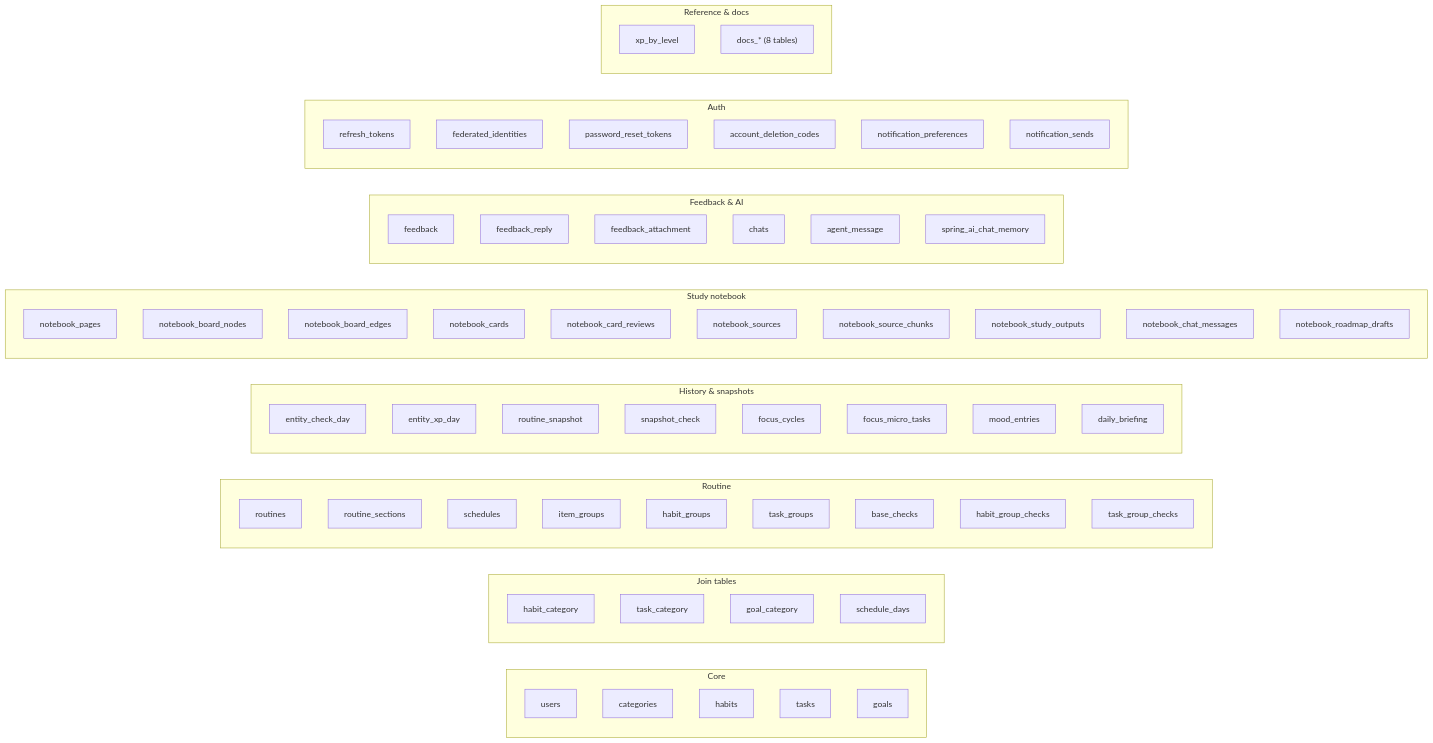
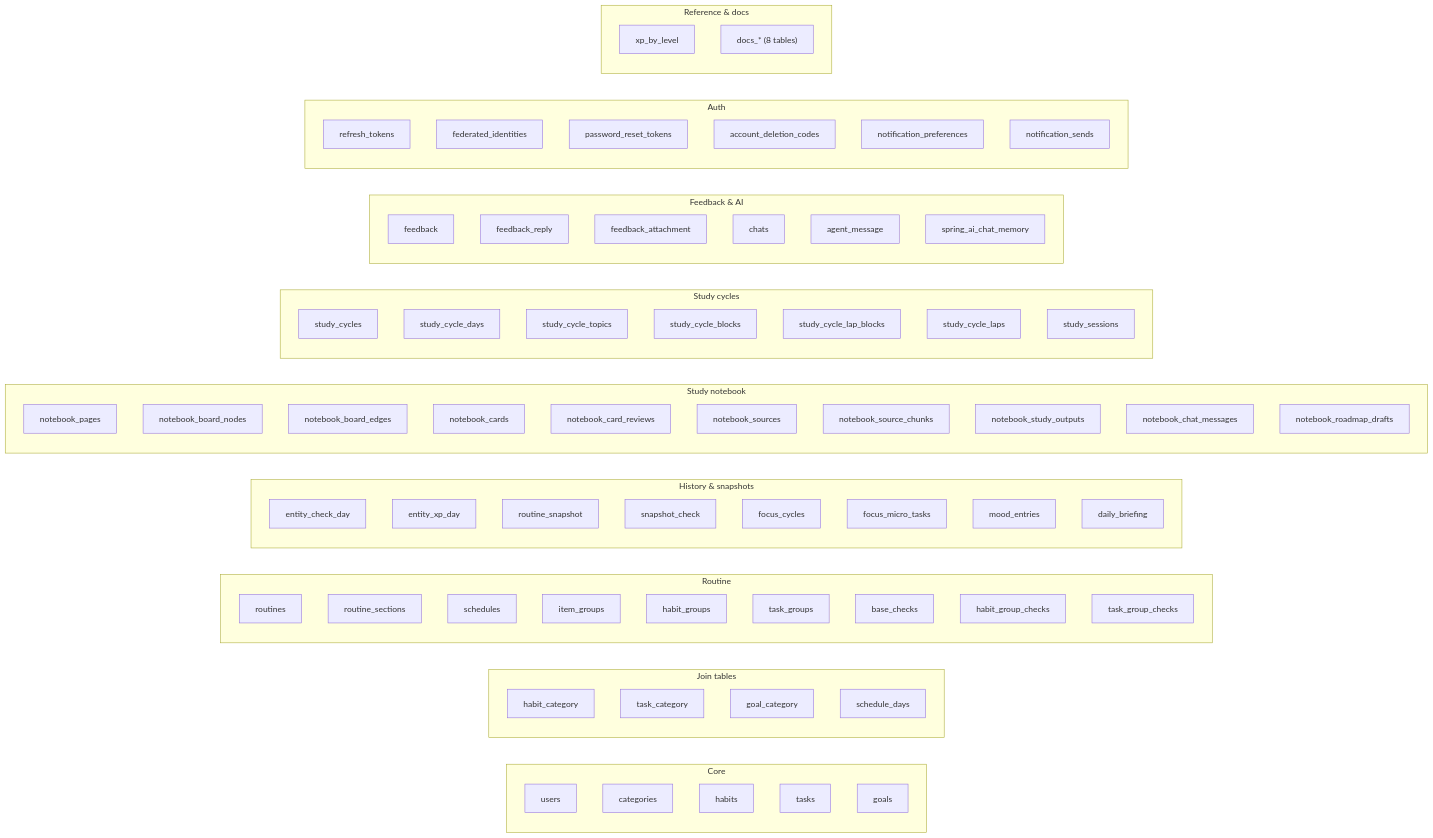
Before and after one commit to AndDev741/Beyou-arch-design: the fifth of 5 diagrams in architecture/domain-model/en.md, drawn with Mermaid. The commit also changed other lines of this file and 33 other files, not shown here.

```diff
--- a/architecture/domain-model/en.md
+++ b/architecture/domain-model/en.md
@@ -590,6 +619,16 @@
     notebook_roadmap_drafts
   end
 
+  subgraph cycles["Study cycles"]
+    study_cycles
+    study_cycle_days
+    study_cycle_topics
+    study_cycle_blocks
+    study_cycle_lap_blocks
+    study_cycle_laps
+    study_sessions
+  end
+
   subgraph support["Feedback & AI"]
     feedback
     feedback_reply
```
